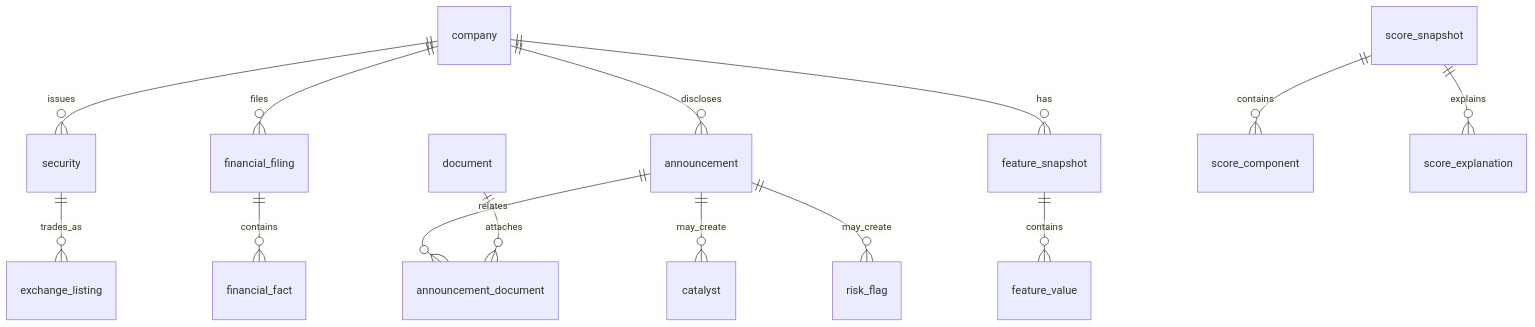
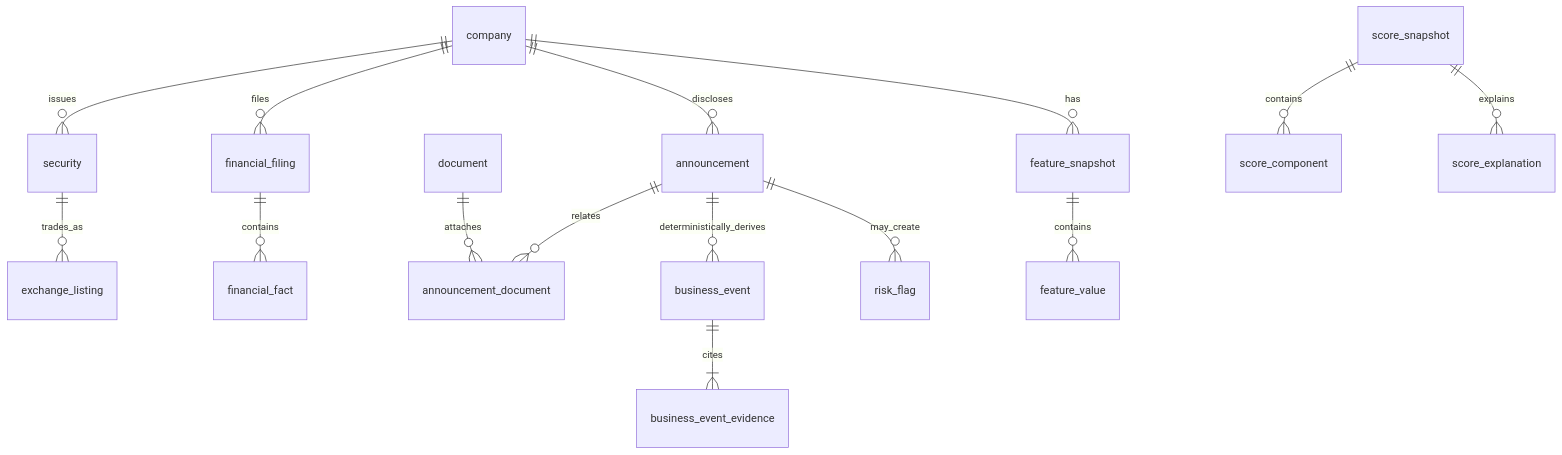
One commit to sashank-810/Inflector changed the diagram in docs/data-model.md. Above: the diagram before and after it, drawn with Mermaid. The commit also changed other lines of this file and 13 other files, not shown here.

Commit message:
feat: add deterministic business event primitives

````diff
--- a/docs/data-model.md
+++ b/docs/data-model.md
@@ -19,16 +19,17 @@
 ```mermaid
 erDiagram
   company ||--o{ security : issues
   security ||--o{ exchange_listing : trades_as
   company ||--o{ financial_filing : files
   financial_filing ||--o{ financial_fact : contains
   company ||--o{ announcement : discloses
   announcement ||--o{ announcement_document : relates
   document ||--o{ announcement_document : attaches
-  announcement ||--o{ catalyst : may_create
+  announcement ||--o{ business_event : deterministically_derives
+  business_event ||--|{ business_event_evidence : cites
   announcement ||--o{ risk_flag : may_create
   company ||--o{ feature_snapshot : has
   feature_snapshot ||--o{ feature_value : contains
   score_snapshot ||--o{ score_component : contains
   score_snapshot ||--o{ score_explanation : explains
 ```
````
